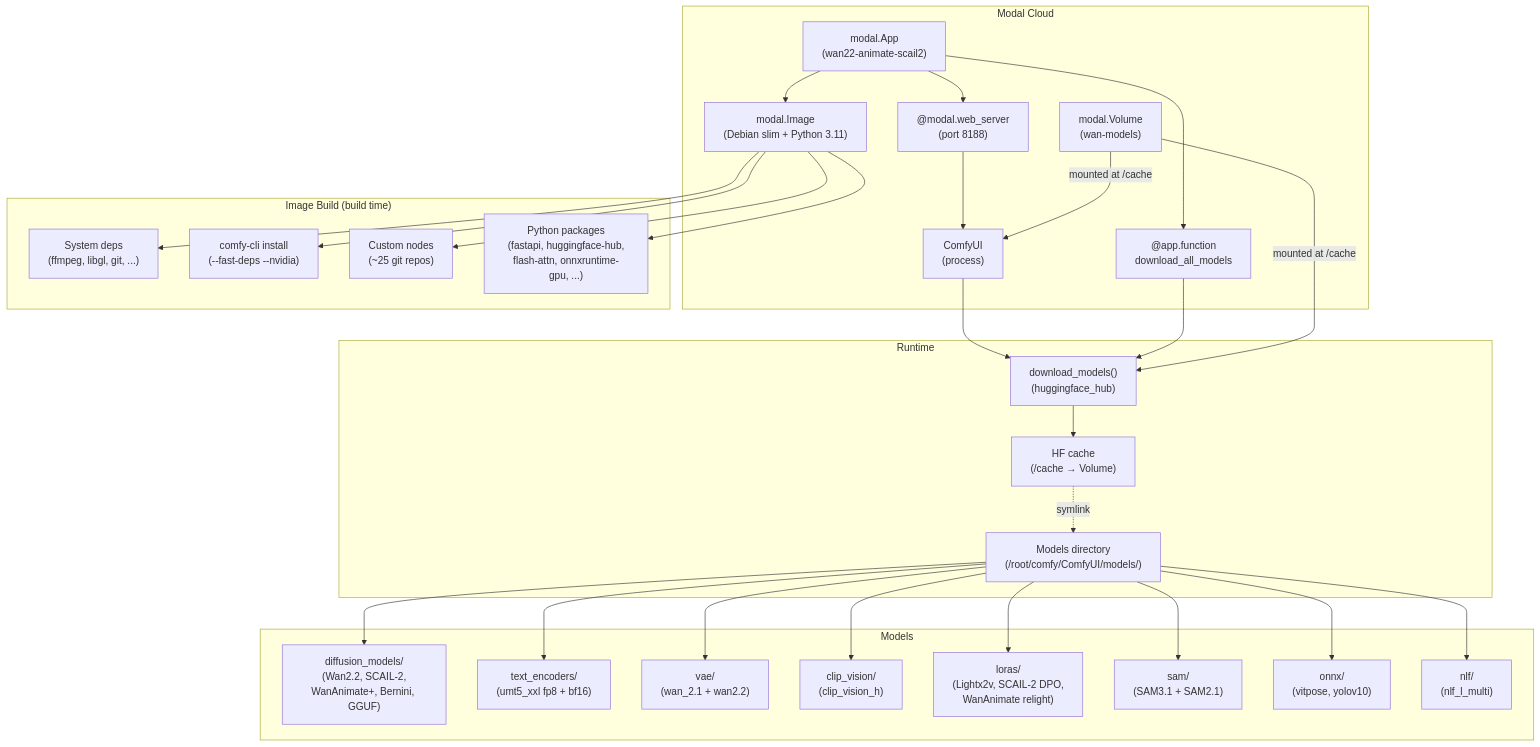
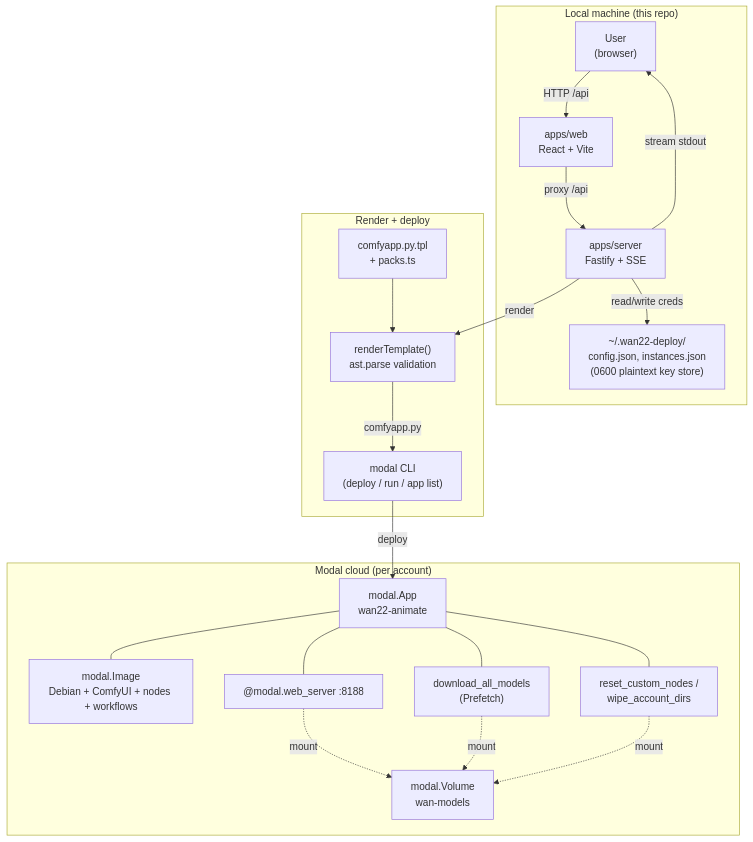
Before and after one commit to rakibzero/EasyModal: the diagram in docs/ARCHITECTURE.md, drawn with Mermaid. The commit also changed other lines of this file and 7 other files, not shown here.

First line of the commit message:
docs: rewrite all docs for the deploy-app + packs + multi-account + persistence era

````diff
--- a/docs/ARCHITECTURE.md
+++ b/docs/ARCHITECTURE.md
@@ -14,58 +23,40 @@
 ```mermaid
 graph TD
-    subgraph "Modal Cloud"
-        A["modal.App<br/>(wan22-animate-scail2)"]
-        B["modal.Image<br/>(Debian slim + Python 3.11)"]
-        C["@modal.web_server<br/>(port 8188)"]
-        D["@app.function<br/>download_all_models"]
-        E["modal.Volume<br/>(wan-models)"]
-        F["ComfyUI<br/>(process)"]
+    subgraph "Local machine (this repo)"
+        U["User<br/>(browser)"]
+        W["apps/web<br/>React + Vite"]
+        S["apps/server<br/>Fastify + SSE"]
+        CS["~/.wan22-deploy/<br/>config.json, instances.json<br/>(0600 plaintext key store)"]
     end
 
-    subgraph "Image Build (build time)"
-        G["System deps<br/>(ffmpeg, libgl, git, ...)"]
-        H["comfy-cli install<br/>(--fast-deps --nvidia)"]
-        I["Custom nodes<br/>(~25 git repos)"]
-        J["Python packages<br/>(fastapi, huggingface-hub,<br/>flash-attn, onnxruntime-gpu, ...)"]
+    subgraph "Render + deploy"
+        T["comfyapp.py.tpl<br/>+ packs.ts"]
+        R["renderTemplate()<br/>ast.parse validation"]
+        MCLI["modal CLI<br/>(deploy / run / app list)"]
     end
 
-    subgraph "Runtime"
-        K["download_models()<br/>(huggingface_hub)"]
-        L["Models directory<br/>(/root/comfy/ComfyUI/models/)"]
-        M["HF cache<br/>(/cache → Volume)"]
+    subgraph "Modal cloud (per account)"
+        APP["modal.App<br/>wan22-animate"]
+        IMG["modal.Image<br/>Debian + ComfyUI + nodes + workflows"]
+        UI["@modal.web_server :8188"]
+        DL["download_all_models<br/>(Prefetch)"]
+        VOL["modal.Volume<br/>wan-models"]
+        RESET["reset_custom_nodes /<br/>wipe_account_dirs"]
     end
 
-    subgraph "Models"
-        N["diffusion_models/<br/>(Wan2.2, SCAIL-2,<br/>WanAnimate+, Bernini, GGUF)"]
-        O["text_encoders/<br/>(umt5_xxl fp8 + bf16)"]
-        P["vae/<br/>(wan_2.1 + wan2.2)"]
-        Q["clip_vision/<br/>(clip_vision_h)"]
-        R["loras/<br/>(Lightx2v, SCAIL-2 DPO,<br/>WanAnimate relight)"]
-        S["sam/<br/>(SAM3.1 + SAM2.1)"]
-        T["onnx/<br/>(vitpose, yolov10)"]
-        U["nlf/<br/>(nlf_l_multi)"]
-    end
-
-    A --> B
-    A --> C
-    A --> D
-    C --> F
-    B --> G
-    B --> H
-    B --> I
-    B --> J
-    F --> K
-    K --> M
-    M -.->|symlink| L
-    L --> N
-    L --> O
-    L --> P
-    L --> Q
-    L --> R
-    L --> S
-    L --> T
-    L --> U
-    D --> K
-    E -->|mounted at /cache| K
-    E -->|mounted at /cache| F
+    U -->|HTTP /api| W
+    W -->|proxy /api| S
+    S -->|read/write creds| CS
+    S -->|render| R
+    T --> R
+    R -->|comfyapp.py| MCLI
+    MCLI -->|deploy| APP
+    APP --- IMG
+    APP --- UI
+    APP --- DL
+    APP --- RESET
+    UI -.->|mount| VOL
+    DL -.->|mount| VOL
+    RESET -.->|mount| VOL
+    S -->|stream stdout| U
 ```
````
